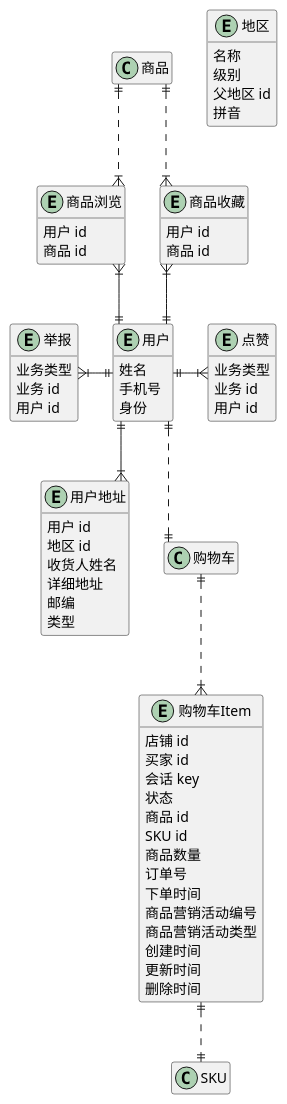
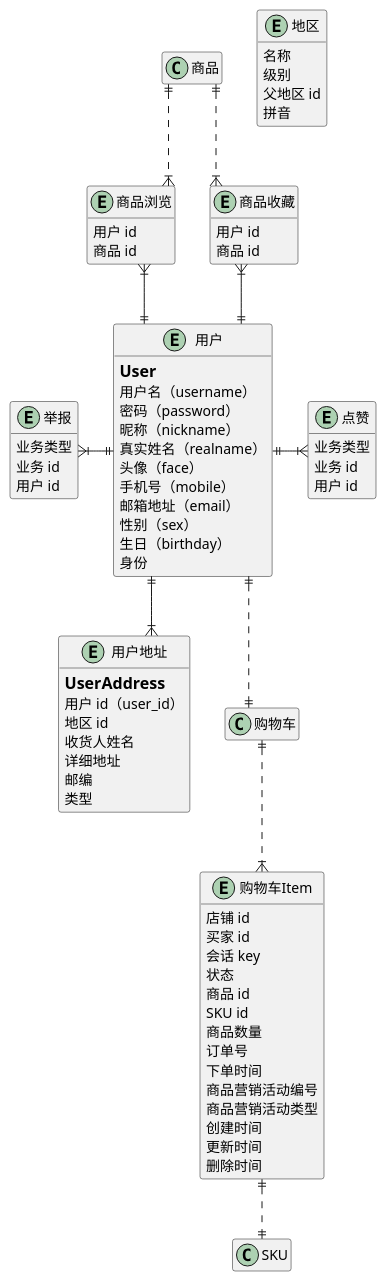
The diagram in doc/会员.puml (awesomecat2020/mock-mall), drawn with PlantUML before and after one commit. The commit also changed 39 other files, not shown here.

```diff
--- a/doc/会员.puml
+++ b/doc/会员.puml
@@ -1,95 +1,104 @@
 @startuml 会员UML
 hide empty members
 skinparam linetype ortho
 
 entity 用户 {
-    姓名
-    手机号
+==User
+    用户名（username）
+    密码（password）
+    昵称（nickname）
+    真实姓名（realname）
+    头像（face）
+    手机号（mobile）
+    邮箱地址（email）
+    性别（sex）
+    生日（birthday）
     ' 买家/卖家
     身份
 }
 entity 商品浏览 {
     ' 保存一个月（另定）
     用户 id
     商品 id
 }
 entity 商品收藏 {
     用户 id
     商品 id
 }
 entity 点赞 {
     ' biz_type 评价/回复
     业务类型
     ' biz_id
     业务 id
     用户 id
 }
 entity 举报 {
     ' biz_type
     业务类型
     ' biz_id
     业务 id
     用户 id
 }
 entity 用户地址 {
-    用户 id
+==UserAddress
+    用户 id（user_id）
     地区 id
     收货人姓名
     详细地址
     邮编
     ' 买家地址/卖家地址
     类型
 }
 entity 购物车Item {
     店铺 id
     买家 id
     会话 key
     ' 1-正常
     ' 2-主动删除
     ' 3-下单删除
     状态
     商品 id
     SKU id
     商品数量
     ' 下单后填写，状态更改为下单删除
     订单号
     下单时间
     商品营销活动编号
     商品营销活动类型
     创建时间
     更新时间
     删除时间
 }
 
 商品 ||..|{ 商品浏览
 商品浏览 }|--|| 用户
 商品 ||..|{ 商品收藏
 商品收藏 }|--|| 用户
 
 点赞 }|-l-|| 用户
 举报 }|-|| 用户
 
 用户 ||--|{ 用户地址
 用户 ||..|| 购物车
 购物车 ||..|{ 购物车Item
 购物车Item ||..|| SKU
 
 
 ' ==================== 地区 ====================
 ' 世界各地区的地区编码以及中文名称：https://github.com/chency147/worldArea
 entity 地区 {
     名称
     ' 1-国家
     ' 2-省份
     ' 3-城市
     ' 4-区县
     ' 5-街道
     级别
     父地区 id
     ' 可以使用 jpinyin 根据 name 生成
     ' 用于对地名根据字幕排序的需求
     拼音
 }
 
 
 @enduml
```
